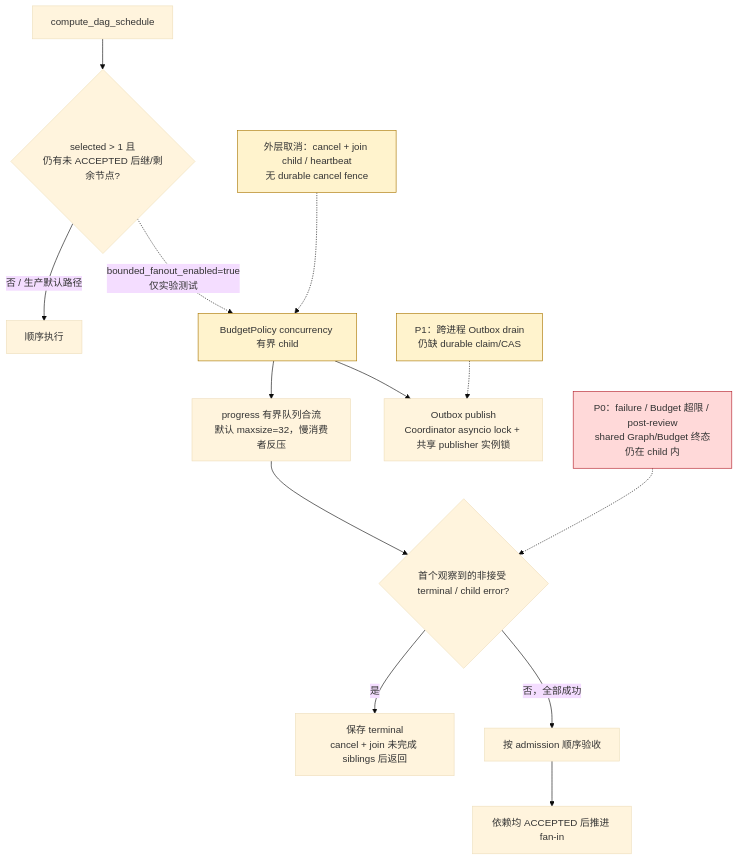
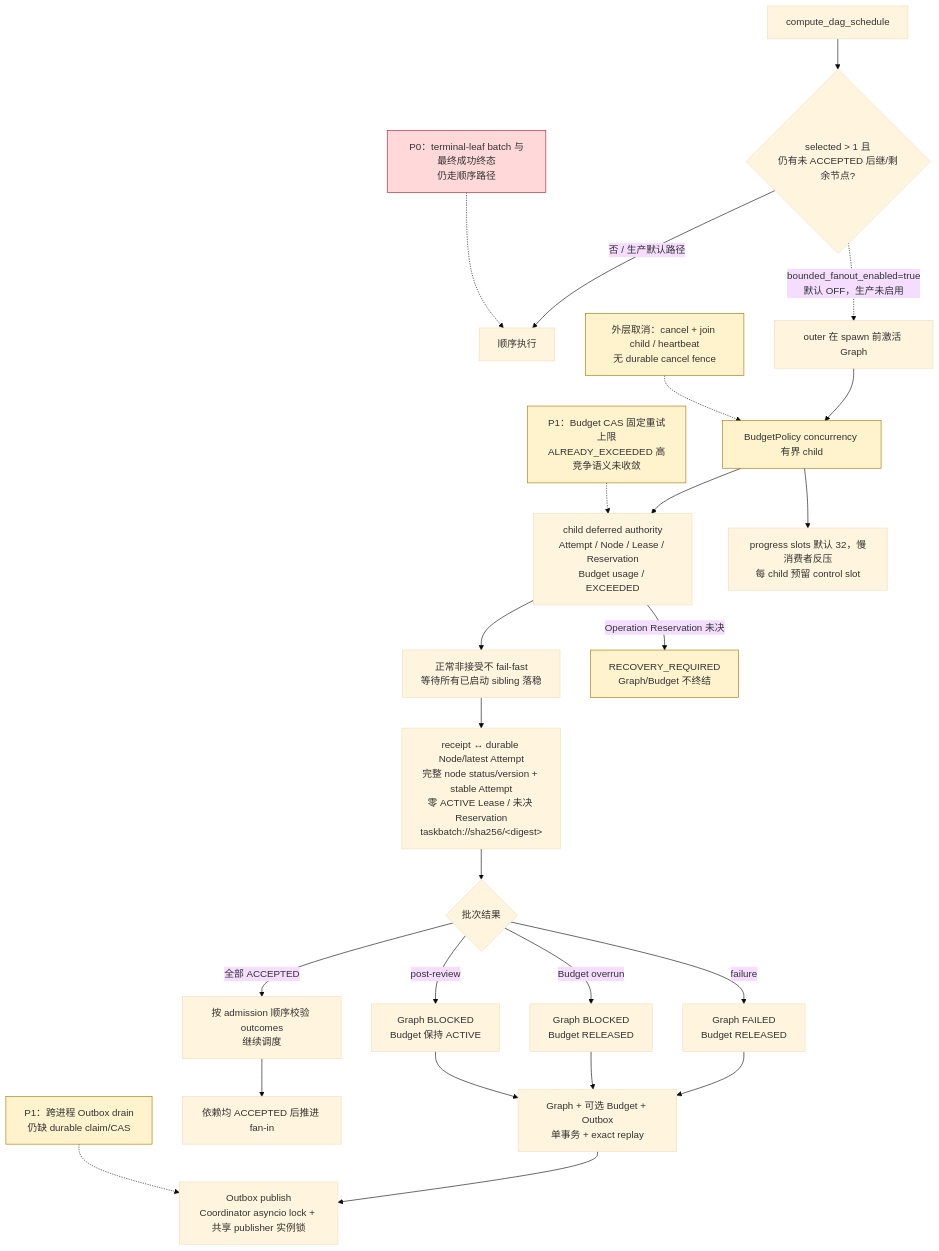
One commit to SakuraYoruno/Natsume_Ai changed the third of 4 diagrams in docs/50_project/arch/diagrams/02_main_chain_flow.md. Above: the diagram before and after it, drawn with Mermaid (base theme). The commit also changed other lines of this file and 19 other files, not shown here.

````diff
--- a/docs/50_project/arch/diagrams/02_main_chain_flow.md
+++ b/docs/50_project/arch/diagrams/02_main_chain_flow.md
@@ -102,21 +102,34 @@
 ```mermaid
 flowchart TD
     S["compute_dag_schedule"] --> Q{"selected > 1 且\n仍有未 ACCEPTED 后继/剩余节点?"}
     Q -->|"否 / 生产默认路径"| SEQ["顺序执行"]
-    Q -.->|"bounded_fanout_enabled=true\n仅实验测试"| LIMIT["BudgetPolicy concurrency 有界 child"]
-    LIMIT --> MERGE["progress 有界队列合流\n默认 maxsize=32，慢消费者反压"]
-    LIMIT --> PUB["Outbox publish\nCoordinator asyncio lock + 共享 publisher 实例锁"]
-    MERGE --> STOP{"首个观察到的非接受 terminal / child error?"}
-    STOP -->|"是"| FAILFAST["保存 terminal\ncancel + join 未完成 siblings 后返回"]
-    STOP -->|"否，全部成功"| ORDER["按 admission 顺序验收"]
+    Q -.->|"bounded_fanout_enabled=true\n默认 OFF，生产未启用"| ACTIVATE["outer 在 spawn 前激活 Graph"]
+    ACTIVATE --> LIMIT["BudgetPolicy concurrency 有界 child"]
+    LIMIT --> NODE["child deferred authority\nAttempt / Node / Lease / Reservation\nBudget usage / EXCEEDED"]
+    LIMIT --> MERGE["progress slots 默认 32，慢消费者反压\n每 child 预留 control slot"]
+    NODE --> WAIT["正常非接受不 fail-fast\n等待所有已启动 sibling 落稳"]
+    WAIT --> SNAP["receipt ↔ durable Node/latest Attempt\n完整 node status/version + stable Attempt\n零 ACTIVE Lease / 未决 Reservation\ntaskbatch://sha256/&lt;digest&gt;"]
+    SNAP --> DECIDE{"批次结果"}
+    DECIDE -->|"failure"| FAILED["Graph FAILED\nBudget RELEASED"]
+    DECIDE -->|"Budget overrun"| BUDGET["Graph BLOCKED\nBudget RELEASED"]
+    DECIDE -->|"post-review"| REVIEW["Graph BLOCKED\nBudget 保持 ACTIVE"]
+    DECIDE -->|"全部 ACCEPTED"| ORDER["按 admission 顺序校验 outcomes\n继续调度"]
+    NODE -->|"Operation Reservation 未决"| RECOVERY["RECOVERY_REQUIRED\nGraph/Budget 不终结"]
+    FAILED --> ATOMIC["Graph + 可选 Budget + Outbox\n单事务 + exact replay"]
+    BUDGET --> ATOMIC
+    REVIEW --> ATOMIC
+    ATOMIC --> PUB["Outbox publish\nCoordinator asyncio lock + 共享 publisher 实例锁"]
     ORDER --> FANIN["依赖均 ACCEPTED 后推进 fan-in"]
-    P0["P0：failure / Budget 超限 / post-review\nshared Graph/Budget 终态仍在 child 内"]
-    P0 -.-> STOP
+    P0["P0：terminal-leaf batch 与最终成功终态\n仍走顺序路径"]
+    P0 -.-> SEQ
     P1["P1：跨进程 Outbox drain\n仍缺 durable claim/CAS"] -.-> PUB
     CANCEL["外层取消：cancel + join child / heartbeat\n无 durable cancel fence"] -.-> LIMIT
+    CAS["P1：Budget CAS 固定重试上限\nALREADY_EXCEEDED 高竞争语义未收敛"] -.-> NODE
 
     style LIMIT fill:#fff3cd,stroke:#a87500
     style P0 fill:#ffd9d9,stroke:#b31d28
     style P1 fill:#fff3cd,stroke:#a87500
     style CANCEL fill:#fff3cd,stroke:#a87500
+    style CAS fill:#fff3cd,stroke:#a87500
+    style RECOVERY fill:#fff3cd,stroke:#a87500
 ```
````
